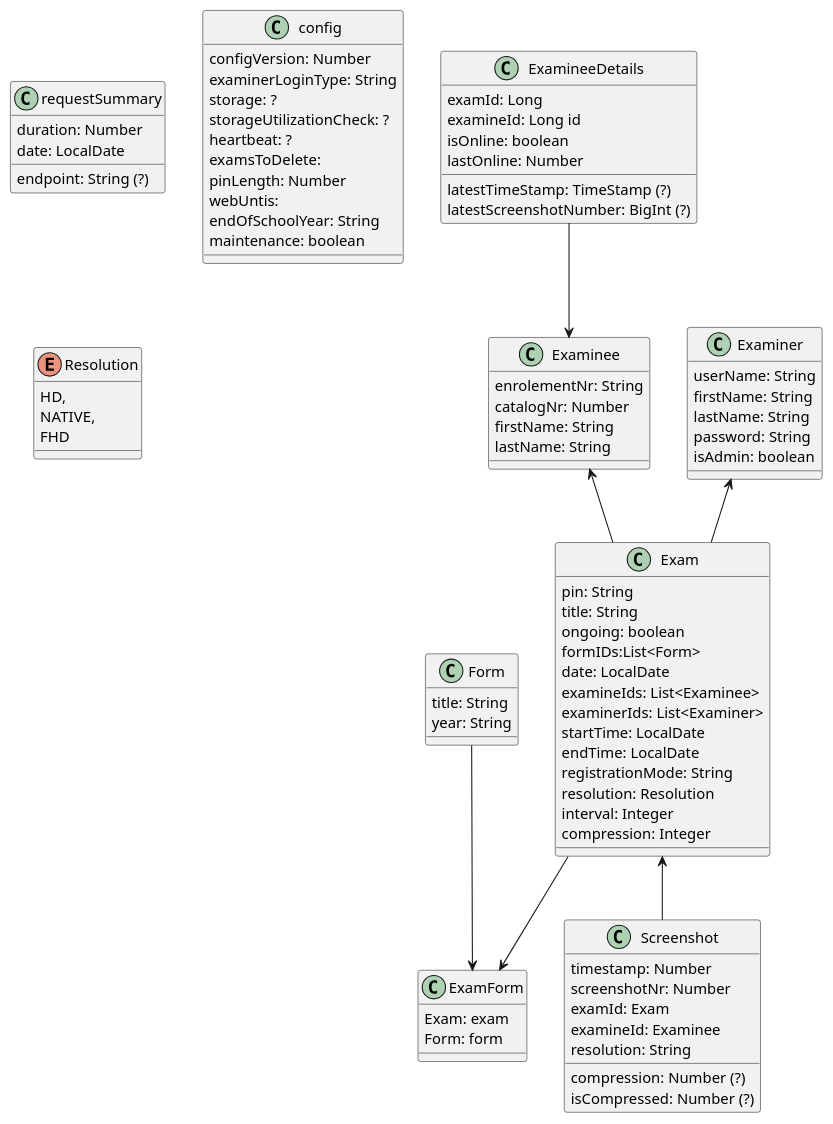
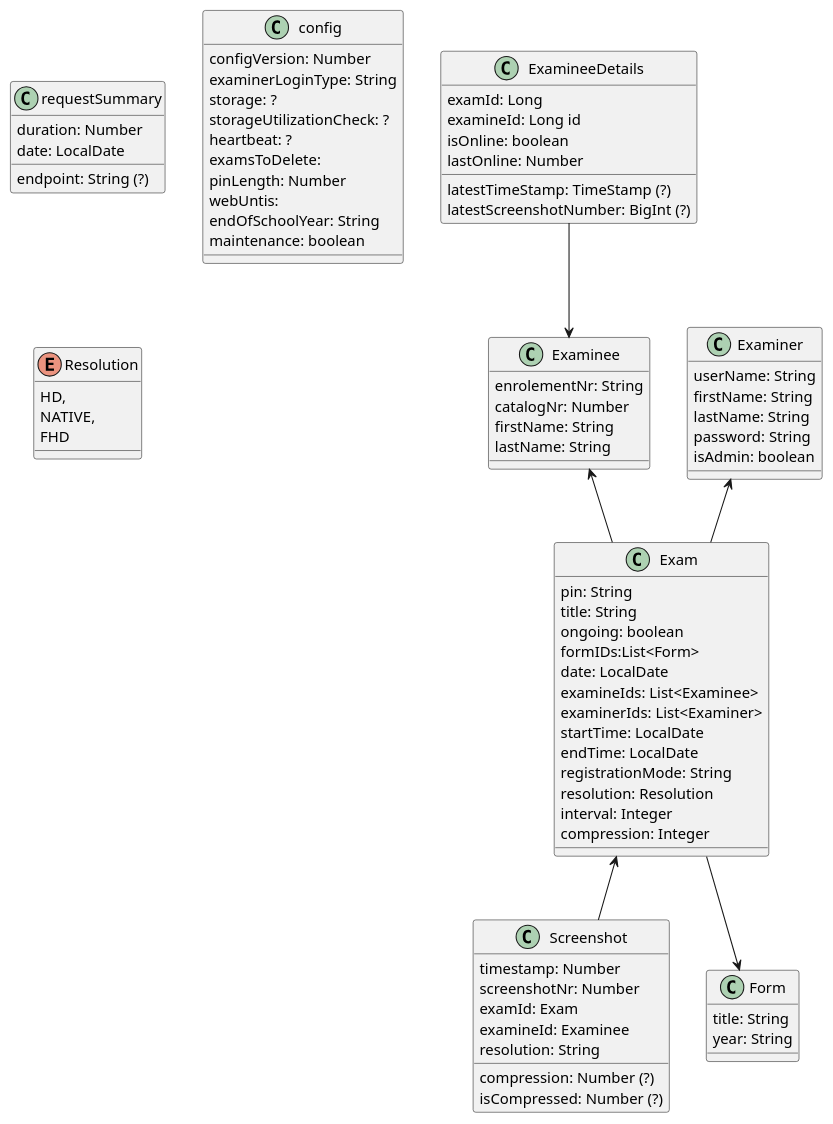
Before and after one commit to htl-leonding-project/franklyn-quarkus: the diagram in docs/asciidocs/plantuml/classDiagram.puml, drawn with PlantUML. The commit also changed 1 other file, not shown here.

```diff
--- a/docs/asciidocs/plantuml/classDiagram.puml
+++ b/docs/asciidocs/plantuml/classDiagram.puml
@@ -1,99 +1,94 @@
 @startuml
 'https://plantuml.com/class-diagram
 
 
 class Exam{
     pin: String
     title: String
     ongoing: boolean
     formIDs:List<Form>
     date: LocalDate
     examineIds: List<Examinee>
     examinerIds: List<Examiner>
     startTime: LocalDate
     endTime: LocalDate
     registrationMode: String
     resolution: Resolution
     interval: Integer
     compression: Integer
 }
 
 class Examinee{
     enrolementNr: String
     catalogNr: Number
     firstName: String
     lastName: String
 }
 
 
 class ExamineeDetails{
     examId: Long
     examineId: Long id
     isOnline: boolean
     lastOnline: Number
     latestTimeStamp: TimeStamp (?)
     latestScreenshotNumber: BigInt (?)
 }
 
 class Examiner{
     userName: String
     firstName: String
     lastName: String
     password: String
     isAdmin: boolean
 }
 
 class Screenshot{
     timestamp: Number
     screenshotNr: Number
     examId: Exam
     examineId: Examinee
     resolution: String
     compression: Number (?)
     isCompressed: Number (?)
 }
 
 class requestSummary{
     duration: Number
     endpoint: String (?)
     date: LocalDate
 }
 
 class Form{
     title: String
     year: String
 }
 
 class config{
     configVersion: Number
     examinerLoginType: String
     storage: ?
     storageUtilizationCheck: ?
     heartbeat: ?
     examsToDelete:
     pinLength: Number
     webUntis:
     endOfSchoolYear: String
     maintenance: boolean
 }
 
-class ExamForm{
-    Exam: exam
-    Form: form
-}
 
 enum Resolution{
     HD,
     NATIVE,
     FHD
 }
 
 
 Examinee <-- Exam
 Examiner <-- Exam
 Exam <-- Screenshot
 ExamineeDetails --> Examinee
-Exam --> ExamForm
-Form --> ExamForm
+Exam --> Form
 
 @enduml
```
